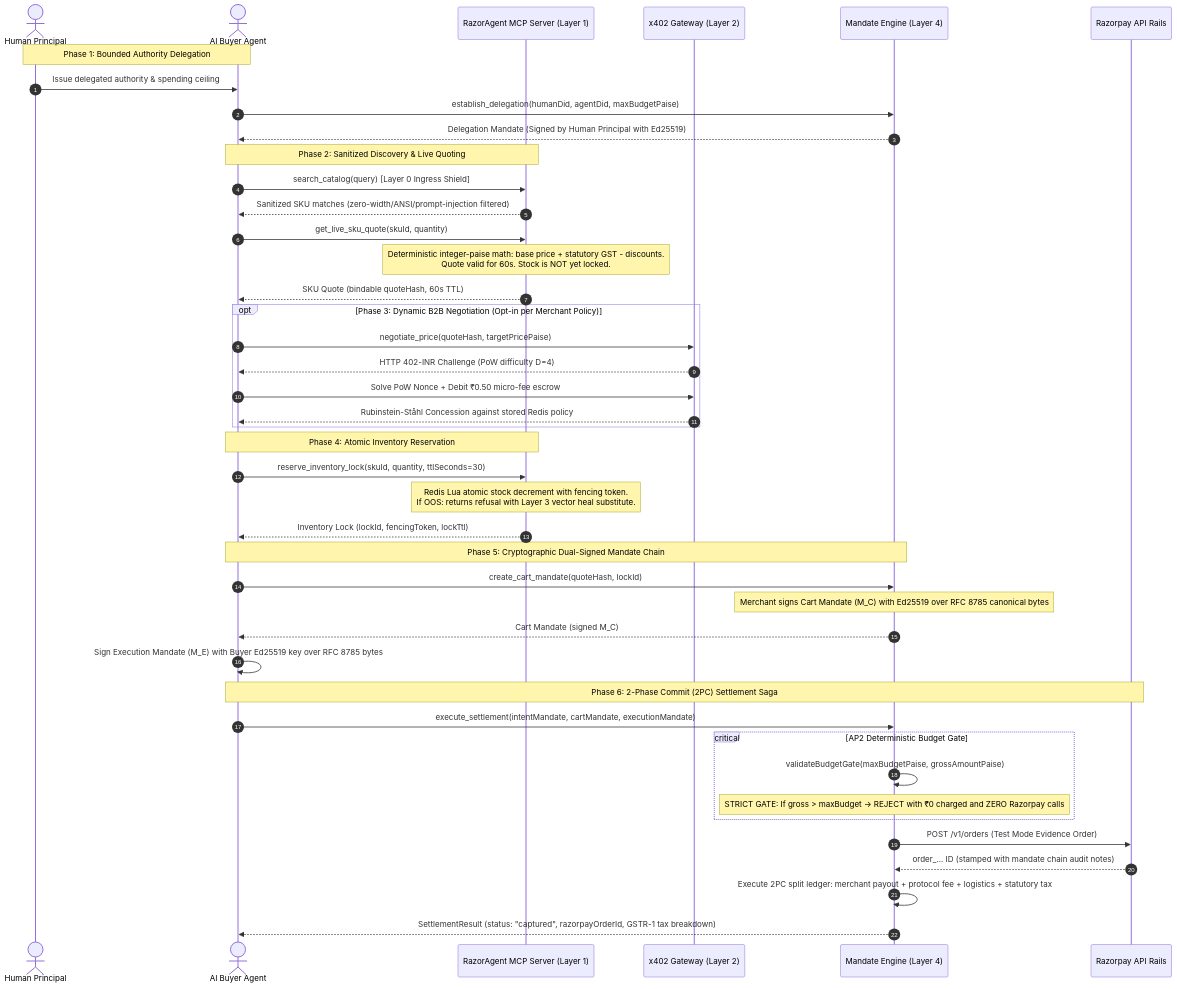
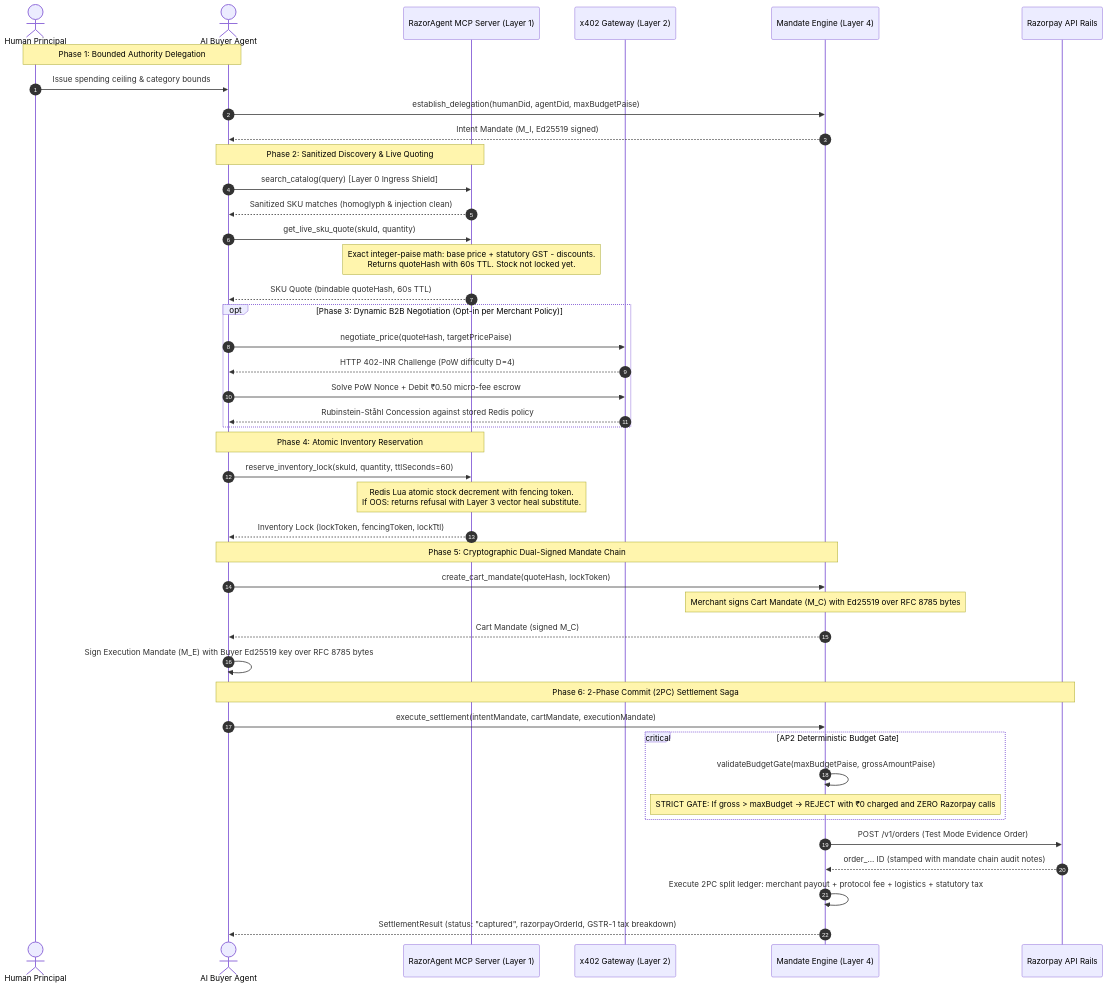
Before and after one commit to Galaxus21/razoragentMesh: the diagram in README.md, drawn with Mermaid. The commit also changed other lines of this file and 2 other files, not shown here.

````diff
--- a/README.md
+++ b/README.md
@@ -31,51 +197,51 @@
 ```mermaid
 sequenceDiagram
     autonumber
     actor Human as Human Principal
     actor BuyerAgent as AI Buyer Agent
     participant MCP as RazorAgent MCP Server (Layer 1)
     participant Gateway as x402 Gateway (Layer 2)
     participant Engine as Mandate Engine (Layer 4)
     participant Razorpay as Razorpay API Rails
 
     Note over Human,BuyerAgent: Phase 1: Bounded Authority Delegation
-    Human->>BuyerAgent: Issue delegated authority & spending ceiling
+    Human->>BuyerAgent: Issue spending ceiling & category bounds
     BuyerAgent->>Engine: establish_delegation(humanDid, agentDid, maxBudgetPaise)
-    Engine-->>BuyerAgent: Delegation Mandate (Signed by Human Principal with Ed25519)
+    Engine-->>BuyerAgent: Intent Mandate (M_I, Ed25519 signed)
 
     Note over BuyerAgent,MCP: Phase 2: Sanitized Discovery & Live Quoting
     BuyerAgent->>MCP: search_catalog(query) [Layer 0 Ingress Shield]
-    MCP-->>BuyerAgent: Sanitized SKU matches (zero-width/ANSI/prompt-injection filtered)
+    MCP-->>BuyerAgent: Sanitized SKU matches (homoglyph & injection clean)
     BuyerAgent->>MCP: get_live_sku_quote(skuId, quantity)
-    Note over MCP: Deterministic integer-paise math: base price + statutory GST - discounts.<br/>Quote valid for 60s. Stock is NOT yet locked.
+    Note over MCP: Exact integer-paise math: base price + statutory GST - discounts.<br/>Returns quoteHash with 60s TTL. Stock not locked yet.
     MCP-->>BuyerAgent: SKU Quote (bindable quoteHash, 60s TTL)
 
     opt Phase 3: Dynamic B2B Negotiation (Opt-in per Merchant Policy)
         BuyerAgent->>Gateway: negotiate_price(quoteHash, targetPricePaise)
         Gateway-->>BuyerAgent: HTTP 402-INR Challenge (PoW difficulty D=4)
         BuyerAgent->>Gateway: Solve PoW Nonce + Debit ₹0.50 micro-fee escrow
         Gateway-->>BuyerAgent: Rubinstein-Ståhl Concession against stored Redis policy
     end
 
     Note over BuyerAgent,MCP: Phase 4: Atomic Inventory Reservation
-    BuyerAgent->>MCP: reserve_inventory_lock(skuId, quantity, ttlSeconds=30)
+    BuyerAgent->>MCP: reserve_inventory_lock(skuId, quantity, ttlSeconds=60)
     Note over MCP: Redis Lua atomic stock decrement with fencing token.<br/>If OOS: returns refusal with Layer 3 vector heal substitute.
-    MCP-->>BuyerAgent: Inventory Lock (lockId, fencingToken, lockTtl)
+    MCP-->>BuyerAgent: Inventory Lock (lockToken, fencingToken, lockTtl)
 
     Note over BuyerAgent,Engine: Phase 5: Cryptographic Dual-Signed Mandate Chain
-    BuyerAgent->>Engine: create_cart_mandate(quoteHash, lockId)
-    Note over Engine: Merchant signs Cart Mandate (M_C) with Ed25519 over RFC 8785 canonical bytes
+    BuyerAgent->>Engine: create_cart_mandate(quoteHash, lockToken)
+    Note over Engine: Merchant signs Cart Mandate (M_C) with Ed25519 over RFC 8785 bytes
     Engine-->>BuyerAgent: Cart Mandate (signed M_C)
     BuyerAgent->>BuyerAgent: Sign Execution Mandate (M_E) with Buyer Ed25519 key over RFC 8785 bytes
     
     Note over BuyerAgent,Razorpay: Phase 6: 2-Phase Commit (2PC) Settlement Saga
     BuyerAgent->>Engine: execute_settlement(intentMandate, cartMandate, executionMandate)
     critical AP2 Deterministic Budget Gate
         Engine->>Engine: validateBudgetGate(maxBudgetPaise, grossAmountPaise)
         Note over Engine: STRICT GATE: If gross > maxBudget -> REJECT with ₹0 charged and ZERO Razorpay calls
     end
     Engine->>Razorpay: POST /v1/orders (Test Mode Evidence Order)
     Razorpay-->>Engine: order_... ID (stamped with mandate chain audit notes)
     Engine->>Engine: Execute 2PC split ledger: merchant payout + protocol fee + logistics + statutory tax
     Engine-->>BuyerAgent: SettlementResult (status: "captured", razorpayOrderId, GSTR-1 tax breakdown)
 ```
````
